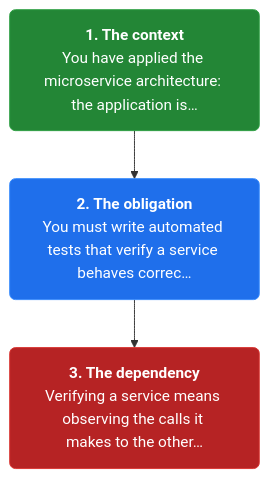
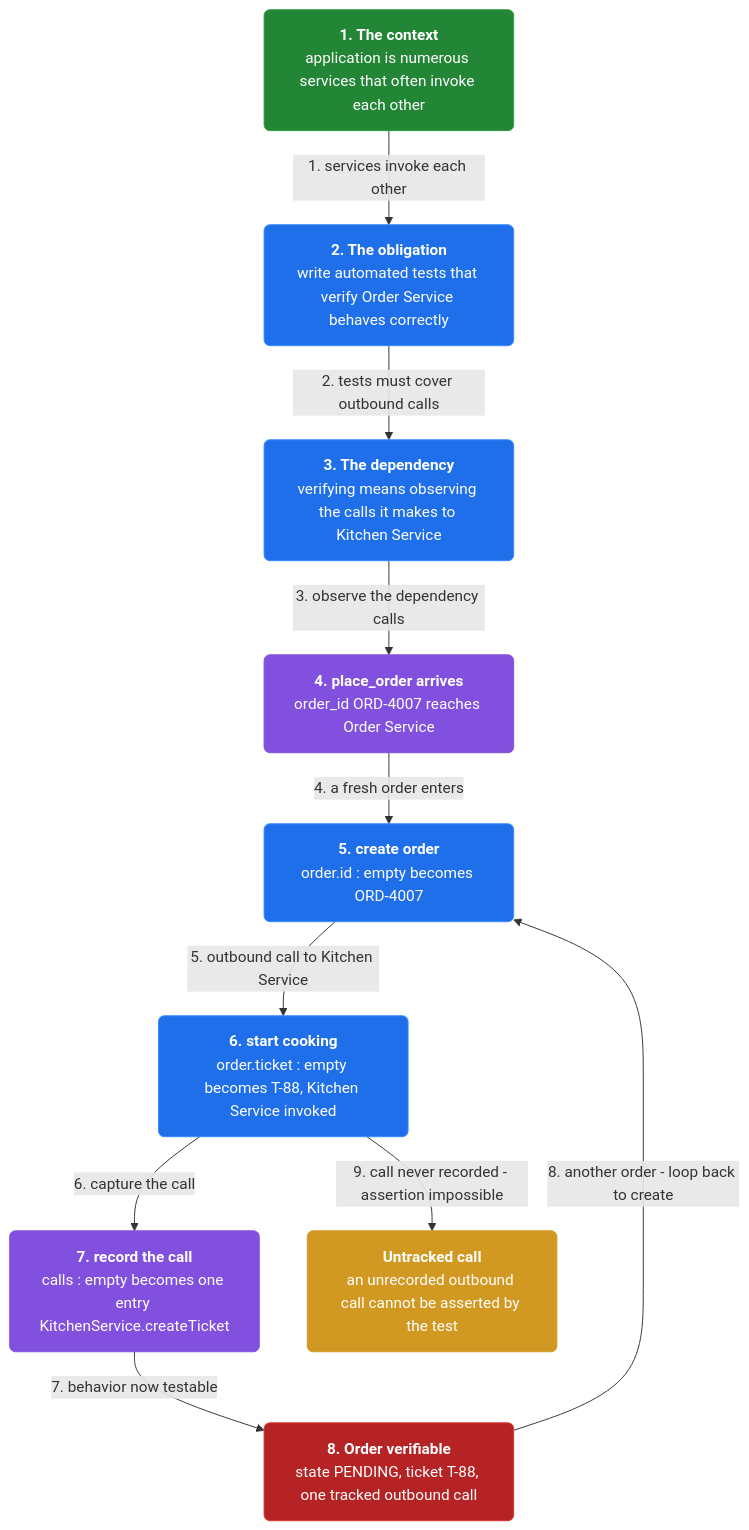
The first of 4 diagrams in docs/ch27-service-component-test.md (vinayakuber/microservices-io-study-guide), drawn with Mermaid before and after one commit. The commit also changed other lines of this file and 46 other files, not shown here.

First line of the commit message:
Author rich branching flow diagrams for all 44 chapters

````diff
--- a/docs/ch27-service-component-test.md
+++ b/docs/ch27-service-component-test.md
@@ -13,11 +13,26 @@
 ```mermaid
 flowchart TD
-  classDef step fill:#1f6feb,color:#ffffff,stroke:#388bfd,stroke-width:1px,rx:6
+  classDef step fill:#1f6feb,color:#ffffff,stroke:#388bfd,rx:6
+  classDef core fill:#8250df,color:#ffffff,stroke:#8250df,rx:6
+  classDef warn fill:#d29922,color:#ffffff,stroke:#d29922,rx:6
   classDef start fill:#238636,color:#ffffff,stroke:#2ea043,rx:6
   classDef stop fill:#b62324,color:#ffffff,stroke:#da3633,rx:6
-  s0n0["<b>1. The context</b><br/>You have applied the microservice architecture: the application is…"]:::start
-  s0n1["<b>2. The obligation</b><br/>You must write automated tests that verify a service behaves correc…"]:::step
-  s0n2["<b>3. The dependency</b><br/>Verifying a service means observing the calls it makes to the other…"]:::stop
-  s0n0 --> s0n1
-  s0n1 --> s0n2
+  n0["<b>1. The context</b><br/>application is numerous services that often invoke each other"]:::start
+  n1["<b>2. The obligation</b><br/>write automated tests that verify Order Service behaves correctly"]:::step
+  n2["<b>3. The dependency</b><br/>verifying means observing the calls it makes to Kitchen Service"]:::step
+  n3["<b>4. place_order arrives</b><br/>order_id ORD-4007 reaches Order Service"]:::core
+  n4["<b>5. create order</b><br/>order.id : empty becomes ORD-4007"]:::step
+  n5["<b>6. start cooking</b><br/>order.ticket : empty becomes T-88, Kitchen Service invoked"]:::step
+  n6["<b>7. record the call</b><br/>calls : empty becomes one entry KitchenService.createTicket"]:::core
+  n7["<b>8. Order verifiable</b><br/>state PENDING, ticket T-88, one tracked outbound call"]:::stop
+  n8["<b>Untracked call</b><br/>an unrecorded outbound call cannot be asserted by the test"]:::warn
+  n0 -->|"1. services invoke each other"| n1
+  n1 -->|"2. tests must cover outbound calls"| n2
+  n2 -->|"3. observe the dependency calls"| n3
+  n3 -->|"4. a fresh order enters"| n4
+  n4 -->|"5. outbound call to Kitchen Service"| n5
+  n5 -->|"6. capture the call"| n6
+  n6 -->|"7. behavior now testable"| n7
+  n7 -->|"8. another order - loop back to create"| n4
+  n5 -->|"9. call never recorded - assertion impossible"| n8
 ```
````
